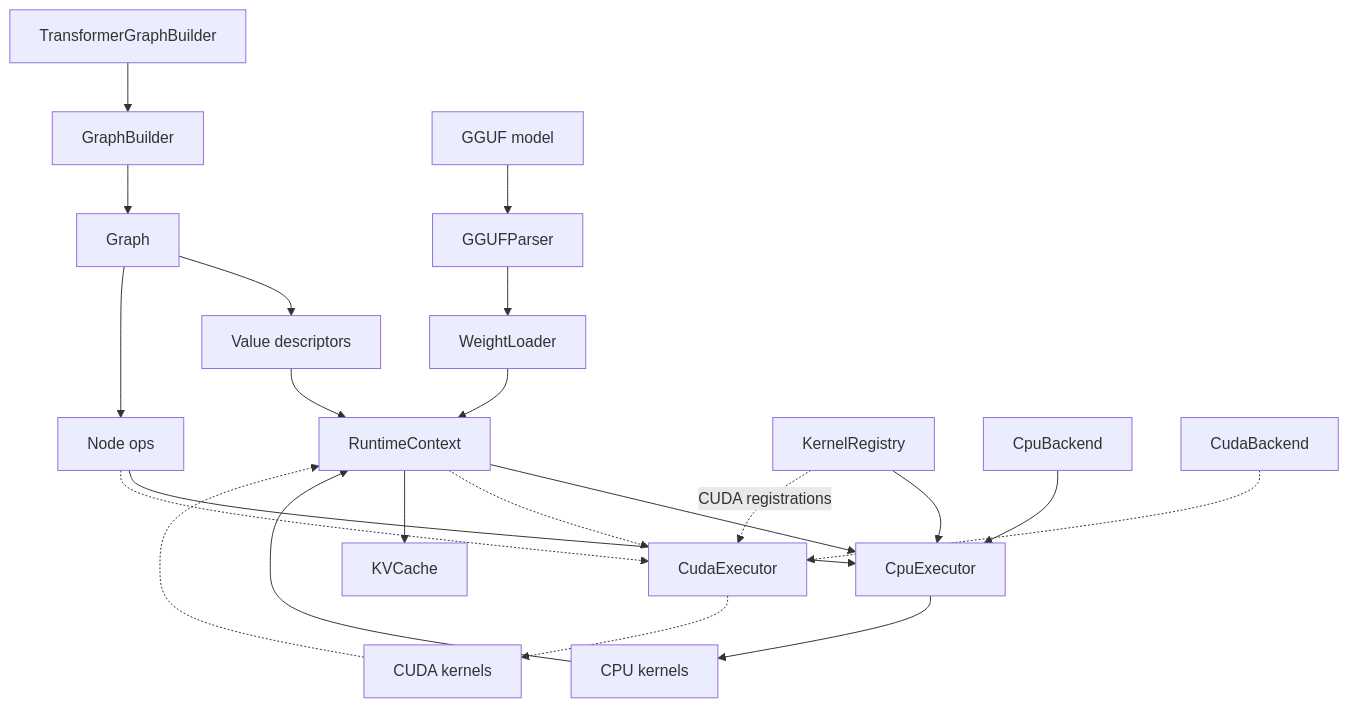
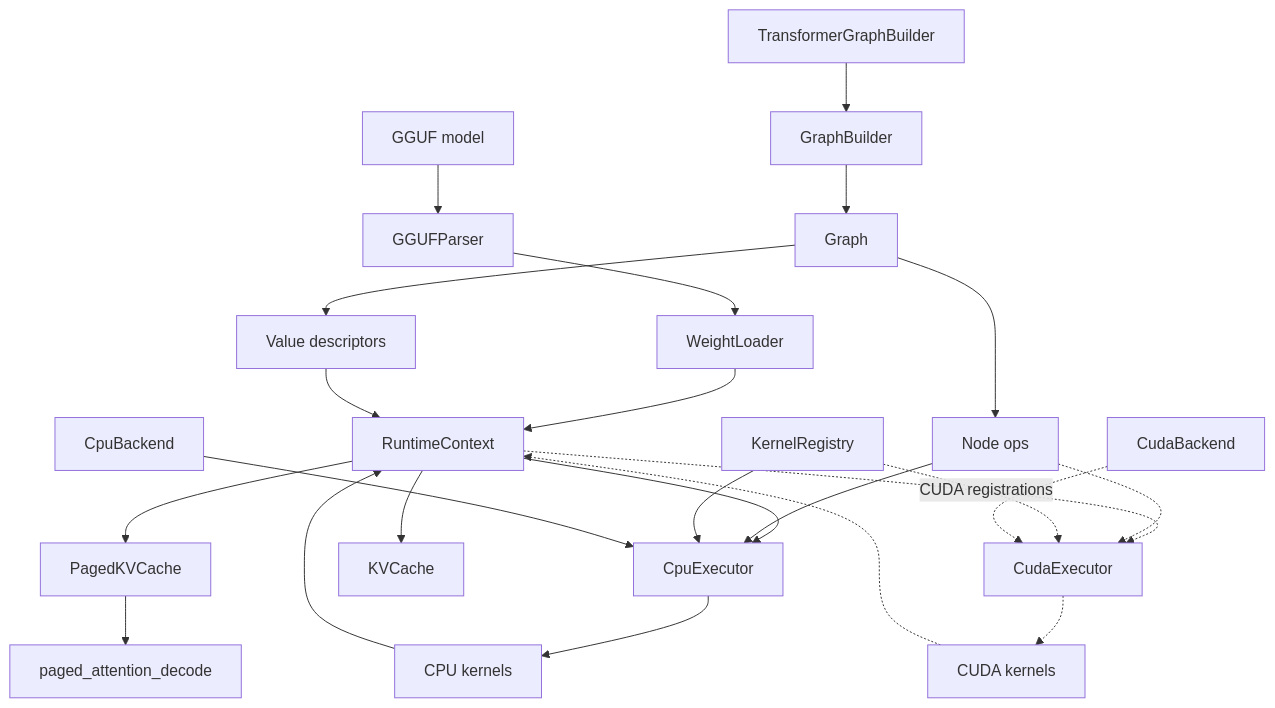
Before and after one commit to plutoaac/llmengine: the first of 4 diagrams in docs/design.md, drawn with Mermaid. The commit also changed other lines of this file and 6 other files, not shown here.

Commit message:
Add paged KV cache reference attention

````diff
--- a/docs/design.md
+++ b/docs/design.md
@@ -17,26 +18,28 @@
 ```mermaid
 flowchart TD
     Model["TransformerGraphBuilder"] --> Builder["GraphBuilder"]
     Builder --> Graph["Graph"]
     Graph --> Values["Value descriptors"]
     Graph --> Nodes["Node ops"]
 
     GGUF["GGUF model"] --> Parser["GGUFParser"]
     Parser --> Loader["WeightLoader"]
     Loader --> Context["RuntimeContext"]
 
     Values --> Context
     Context --> Executor["CpuExecutor"]
     Context -.-> CudaExecutor["CudaExecutor"]
     Nodes --> Executor
     Nodes -.-> CudaExecutor
     Registry["KernelRegistry"] --> Executor
     Registry -. "CUDA registrations" .-> CudaExecutor
     Backend["CpuBackend"] --> Executor
     CudaBackend["CudaBackend"] -.-> CudaExecutor
     Executor --> Kernels["CPU kernels"]
     CudaExecutor -.-> CudaKernels["CUDA kernels"]
     Kernels --> Context
     CudaKernels -.-> Context
     Context --> Cache["KVCache"]
+    Context --> PagedCache["PagedKVCache"]
+    PagedCache --> PagedDecode["paged_attention_decode"]
 ```
````
